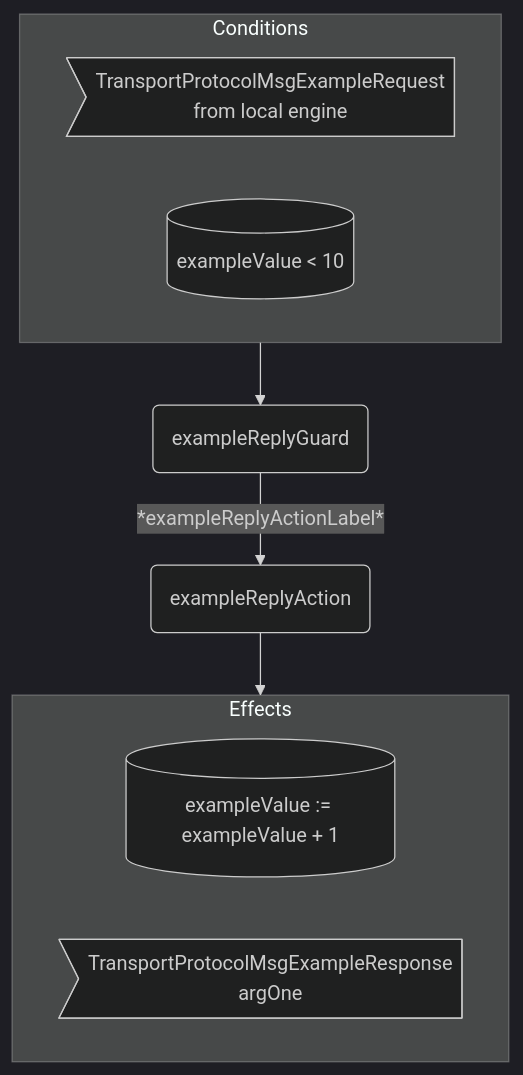
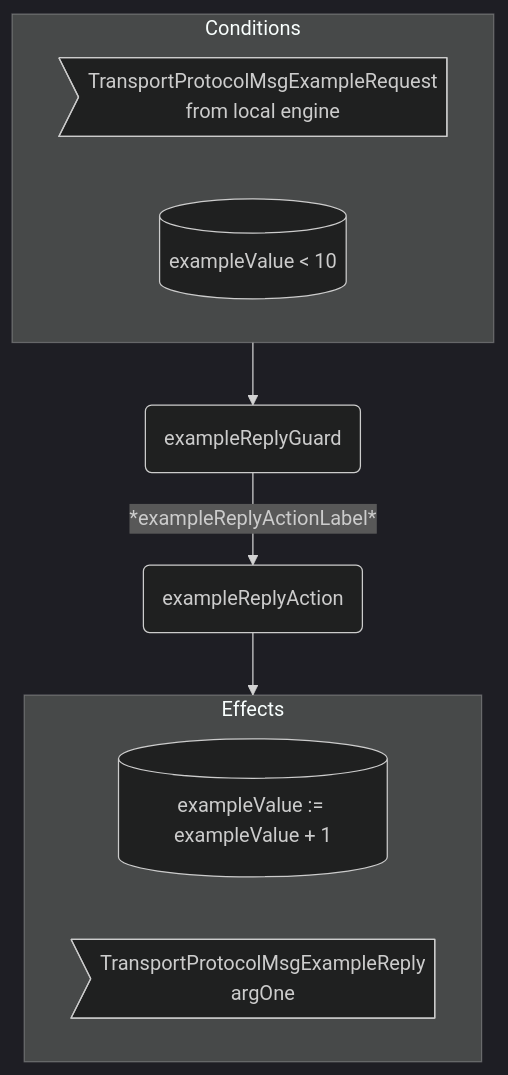
The diagram in docs/arch/node/net/transport_protocol_behaviour.juvix.md (anoma/nspec), drawn with Mermaid (dark theme) before and after one commit. The commit also changed other lines of this file and 37 other files, not shown here.

Commit message:
Renamed all instances of "Response" to "Reply" in message interfaces for consistency across commitment, decryption, identity management, and other engines.

````diff
--- a/docs/arch/node/net/transport_protocol_behaviour.juvix.md
+++ b/docs/arch/node/net/transport_protocol_behaviour.juvix.md
@@ -310,17 +310,17 @@
 ```mermaid
 flowchart TD
   subgraph C[Conditions]
     CMsg>TransportProtocolMsgExampleRequest<br/>from local engine]
     CEnv[(exampleValue < 10)]
   end
 
   G(exampleReplyGuard)
   A(exampleReplyAction)
 
   C --> G -- *exampleReplyActionLabel* --> A --> E
 
   subgraph E[Effects]
     EEnv[(exampleValue := exampleValue + 1)]
-    EMsg>TransportProtocolMsgExampleResponse<br/>argOne]
+    EMsg>TransportProtocolMsgExampleReply<br/>argOne]
   end
 ```
````
